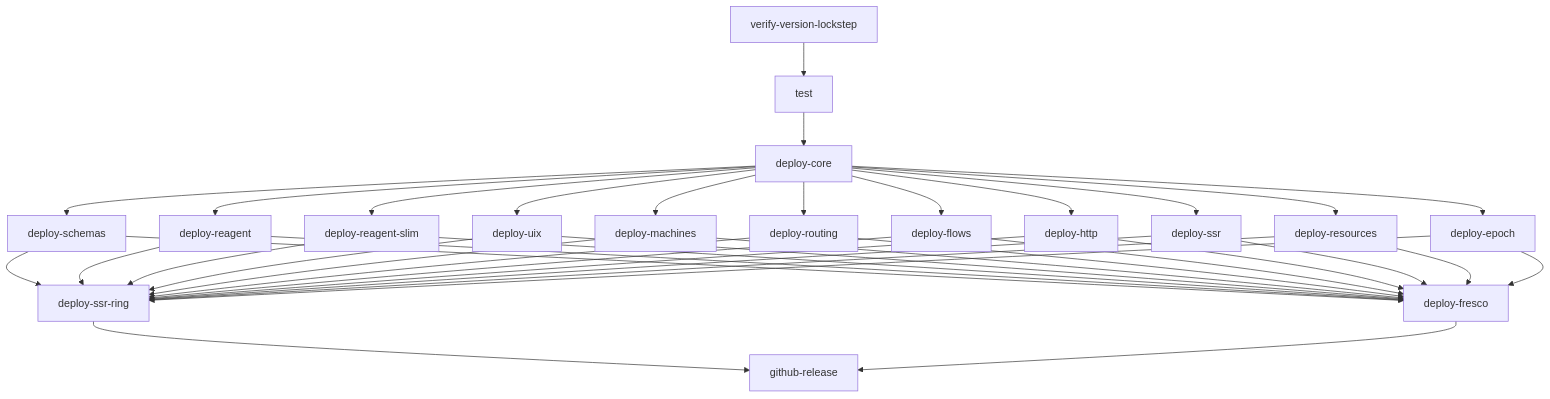
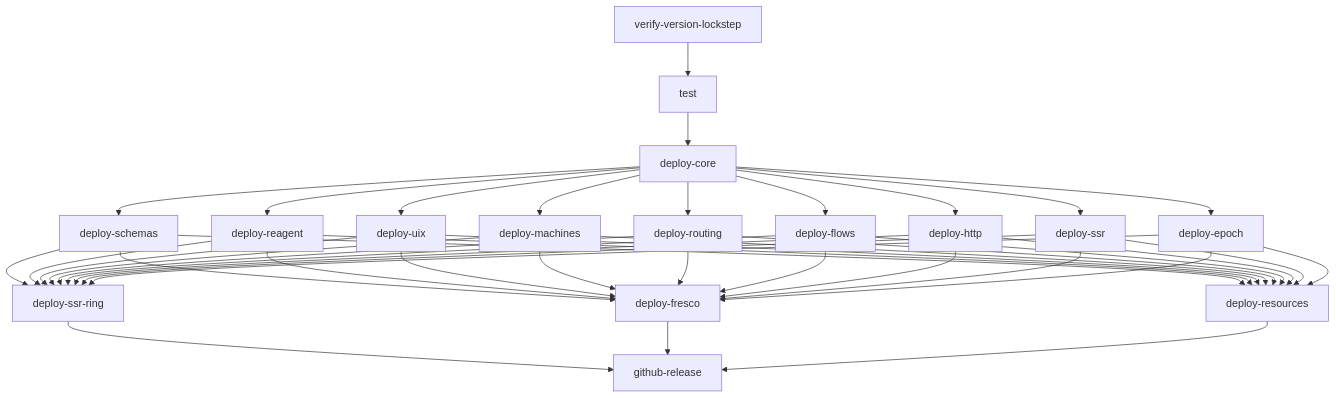
Before and after one commit to day8/re-frame2: the diagram in docs/release-process.md, drawn with Mermaid. The commit also changed other lines of this file and 7 other files, not shown here.

````diff
--- a/docs/release-process.md
+++ b/docs/release-process.md
@@ -47,40 +47,44 @@
 ```mermaid
 graph TD
   V[verify-version-lockstep] --> T[test]
   T --> C[deploy-core]
   C --> S[deploy-schemas]
   C --> R[deploy-reagent]
-  C --> RS[deploy-reagent-slim]
   C --> U[deploy-uix]
   C --> M[deploy-machines]
   C --> RT[deploy-routing]
   C --> F[deploy-flows]
   C --> H[deploy-http]
   C --> SS[deploy-ssr]
-  C --> RES[deploy-resources]
   C --> E[deploy-epoch]
   S --> SR[deploy-ssr-ring]
   R --> SR
-  RS --> SR
   U --> SR
   M --> SR
   RT --> SR
   F --> SR
   H --> SR
   SS --> SR
-  RES --> SR
   E --> SR
   S --> HI[deploy-fresco]
   R --> HI
-  RS --> HI
   U --> HI
   M --> HI
   RT --> HI
   F --> HI
   H --> HI
   SS --> HI
-  RES --> HI
   E --> HI
+  S --> RES[deploy-resources]
+  R --> RES
+  U --> RES
+  M --> RES
+  RT --> RES
+  F --> RES
+  H --> RES
+  SS --> RES
+  E --> RES
   SR --> GR[github-release]
   HI --> GR
+  RES --> GR
 ```
````
